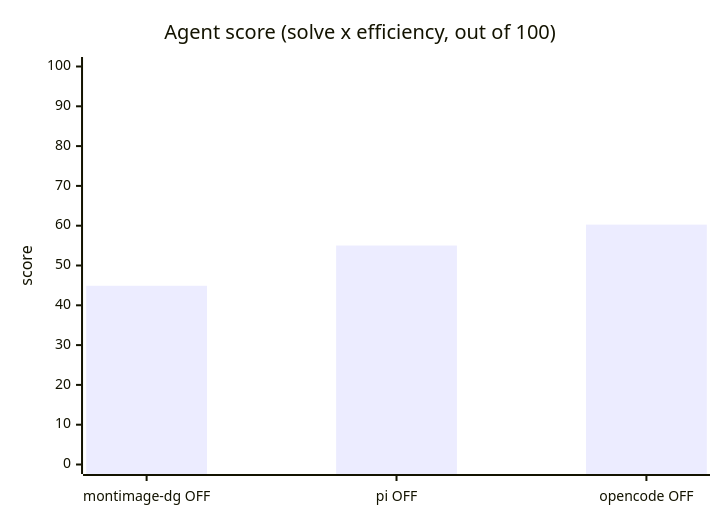
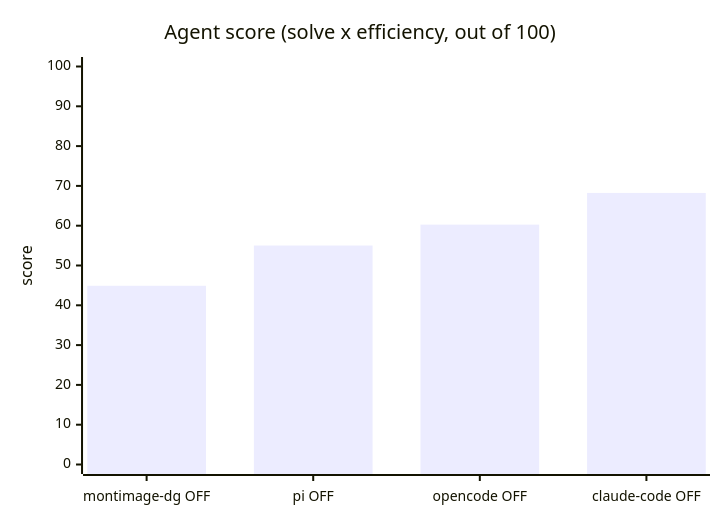
One commit to luongnv89/dgx-spark-llm-lab changed the third of 6 diagrams in results/2026-08-20-pi-harness/REPORT-hard.md. Above: the diagram before and after it, drawn with Mermaid. The commit also changed other lines of this file and 12 other files, not shown here.

First line of the commit message:
Add the Claude Code harness adapter and fold it into the comparison (#1)

````diff
--- a/results/2026-08-20-pi-harness/REPORT-hard.md
+++ b/results/2026-08-20-pi-harness/REPORT-hard.md
@@ -43,7 +46,7 @@
 ```mermaid
 xychart-beta
     title "Agent score (solve x efficiency, out of 100)"
-    x-axis ["montimage-dg OFF", "pi OFF", "opencode OFF"]
+    x-axis ["montimage-dg OFF", "pi OFF", "opencode OFF", "claude-code OFF"]
     y-axis "score" 0 --> 100
-    bar [44.91, 55.02, 60.27]
+    bar [44.91, 55.02, 60.27, 68.23]
 ```
````
